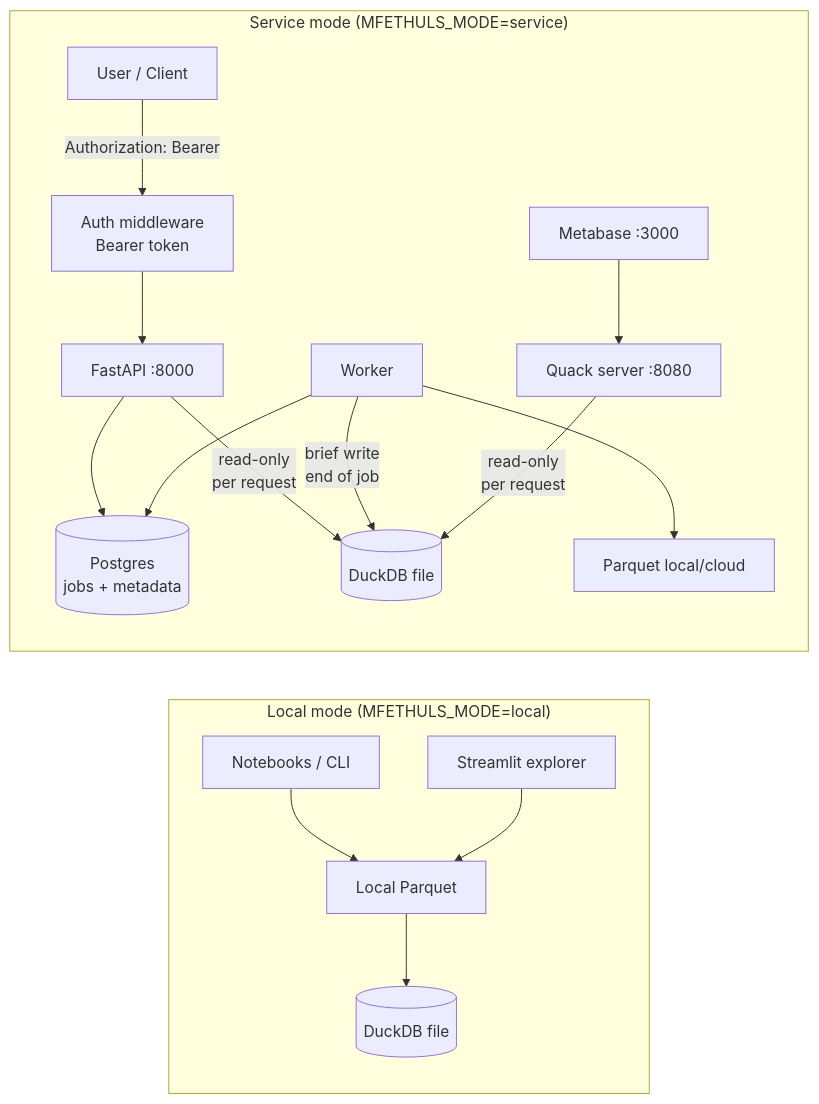
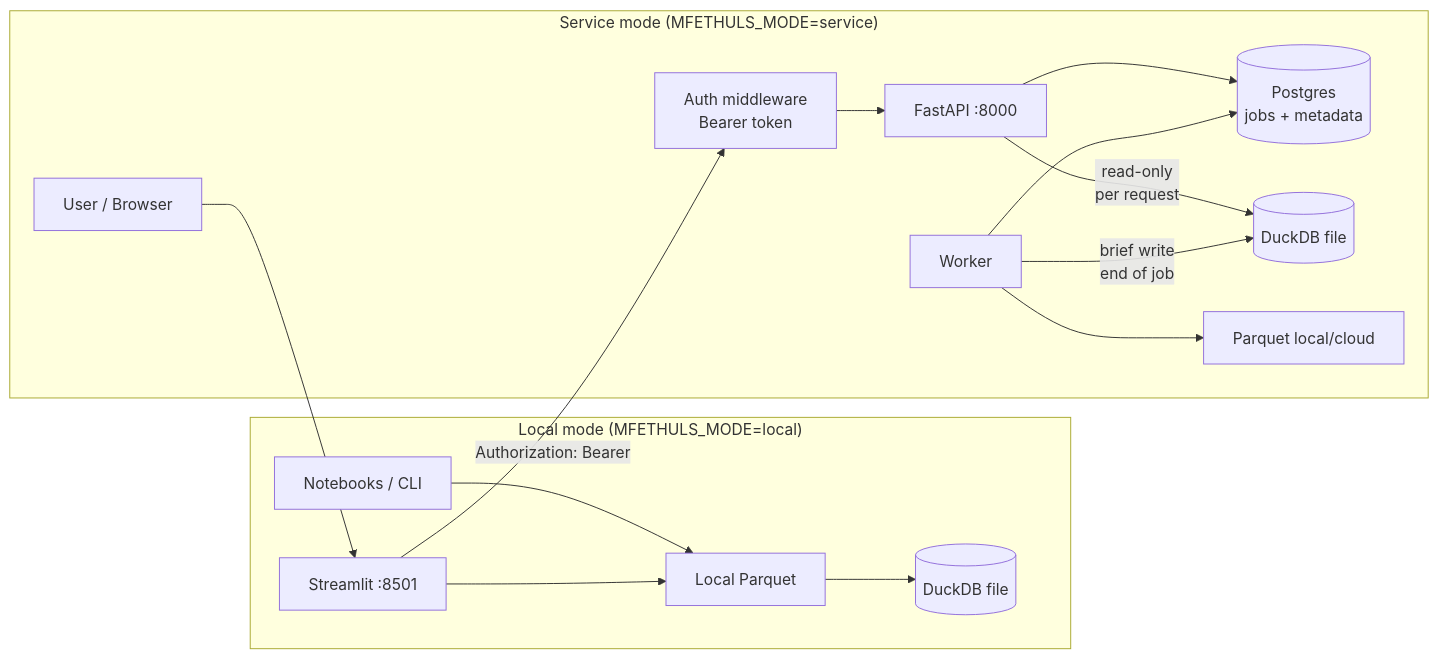
One commit to lucaAyt/mfethuls changed the second of 8 diagrams in docs/architecture.md. Above: the diagram before and after it, drawn with Mermaid. The commit also changed other lines of this file and 9 other files, not shown here.

Commit message:
revamp of streamlit. it is now used in service mode. stripped out quack, metabase and caddy.

````diff
--- a/docs/architecture.md
+++ b/docs/architecture.md
@@ -62,34 +62,32 @@
 ```mermaid
 flowchart LR
   subgraph local ["Local mode (MFETHULS_MODE=local)"]
     NB[Notebooks / CLI]
     ST[Streamlit explorer]
     LP[Local Parquet]
     LD[(DuckDB file)]
     NB --> LP
     ST --> LP
     LP --> LD
   end
 
   subgraph service ["Service mode (MFETHULS_MODE=service)"]
-    USER[User / Client]
+    USER[User / Browser]
     AUTH[Auth middleware\nBearer token]
     API[FastAPI :8000]
     WK[Worker]
     PG[(Postgres\njobs + metadata)]
     LD2[(DuckDB file)]
     LP2[Parquet local/cloud]
-    MB[Metabase :3000]
-    QS[Quack server :8080]
+    ST[Streamlit :8501]
 
-    USER -->|Authorization: Bearer| AUTH
+    USER --> ST
+    ST -->|Authorization: Bearer| AUTH
     AUTH --> API
     API --> PG
     WK --> PG
     API -->|read-only\nper request| LD2
     WK -->|brief write\nend of job| LD2
     WK --> LP2
-    MB --> QS
-    QS -->|read-only\nper request| LD2
   end
 ```
````
